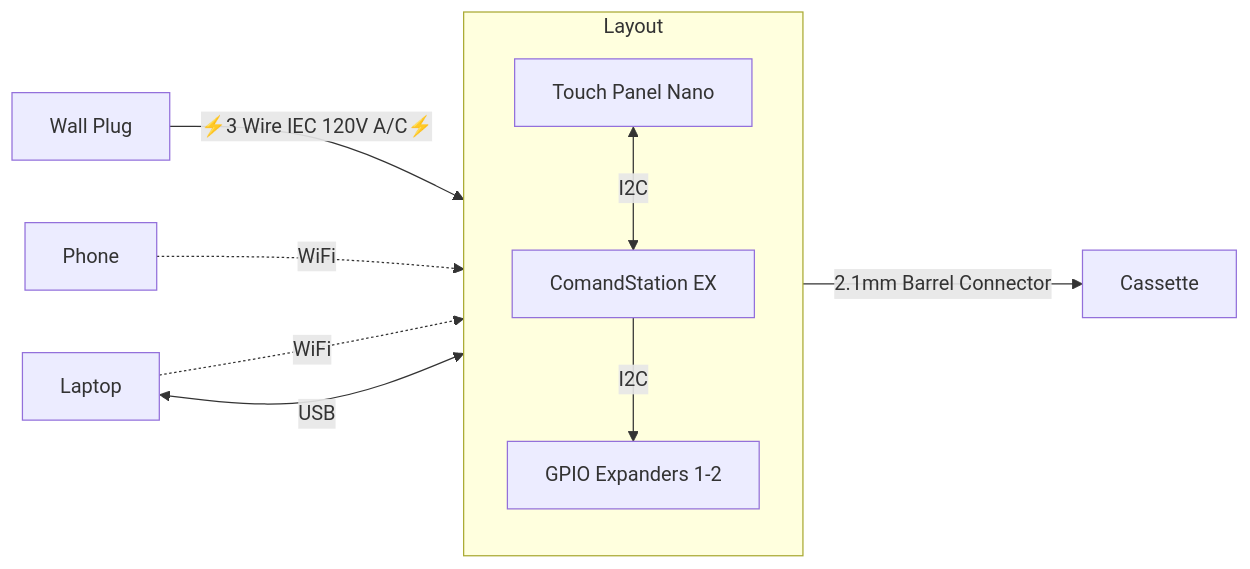
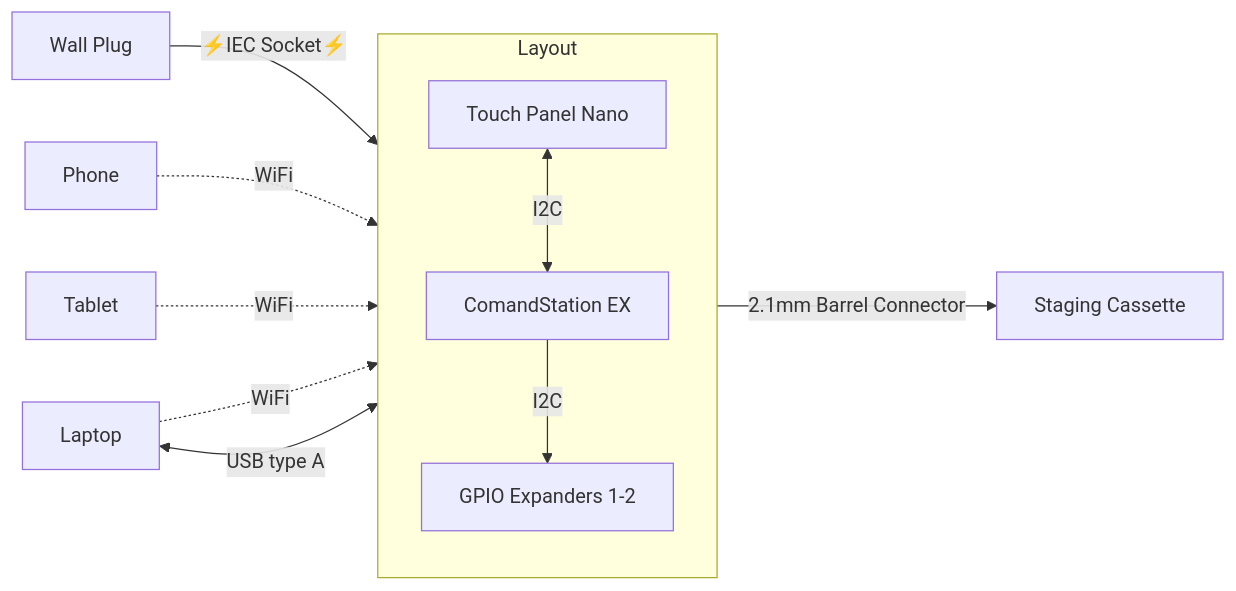
Before and after one commit to kmltechio/lumber_district: the second of 3 diagrams in README.md, drawn with Mermaid.

````diff
--- a/README.md
+++ b/README.md
@@ -71,15 +71,15 @@
 ```mermaid
 flowchart LR
   subgraph Layout
     CmdStn[ComandStation EX]
     Touch[Touch Panel Nano]
     Gpio["GPIO Expanders 1-2"]
     Touch <-->|I2C| CmdStn
     CmdStn -->|I2C| Gpio
     end
   Wall[Wall Plug]
-  Wall -->|"⚡3 Wire IEC 120V A/C⚡️"| Layout
-  Phone & Laptop -.->|WiFi| Layout
-  Laptop <-->|USB| Layout
-  Layout -->|2.1mm Barrel Connector| Cassette
+  Wall -->|"⚡IEC Socket⚡️"| Layout
+  Phone & Tablet & Laptop -.->|WiFi| Layout
+  Laptop <-->|USB type A| Layout
+  Layout -->|2.1mm Barrel Connector| Cassette[Staging Cassette]
 ```
````
